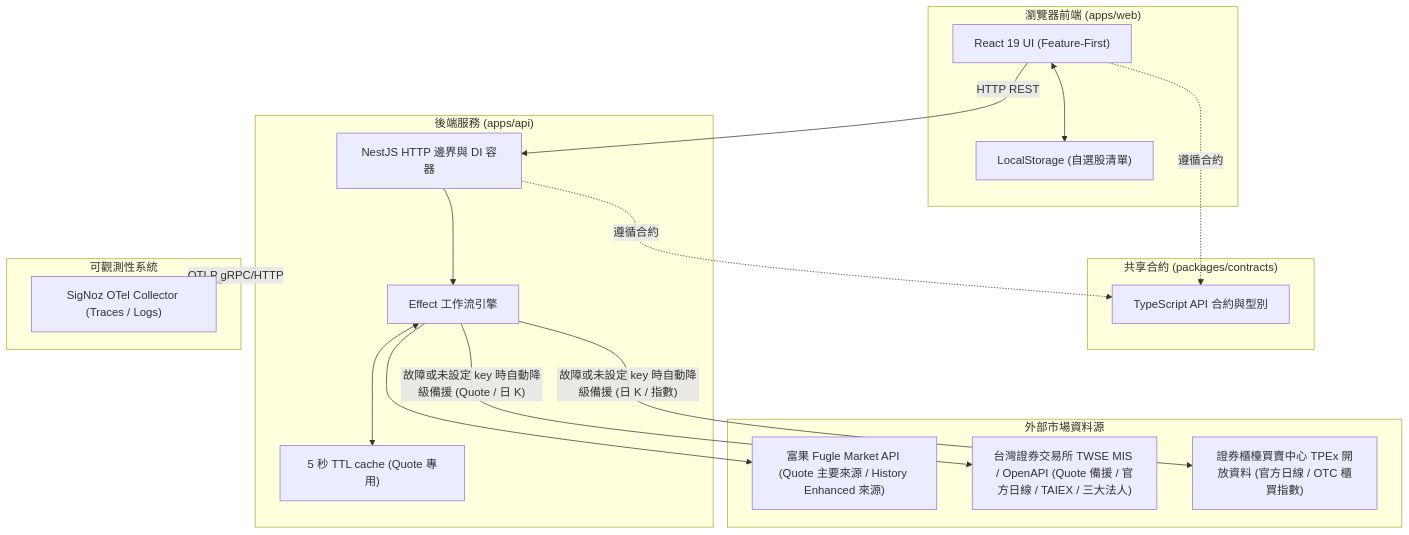
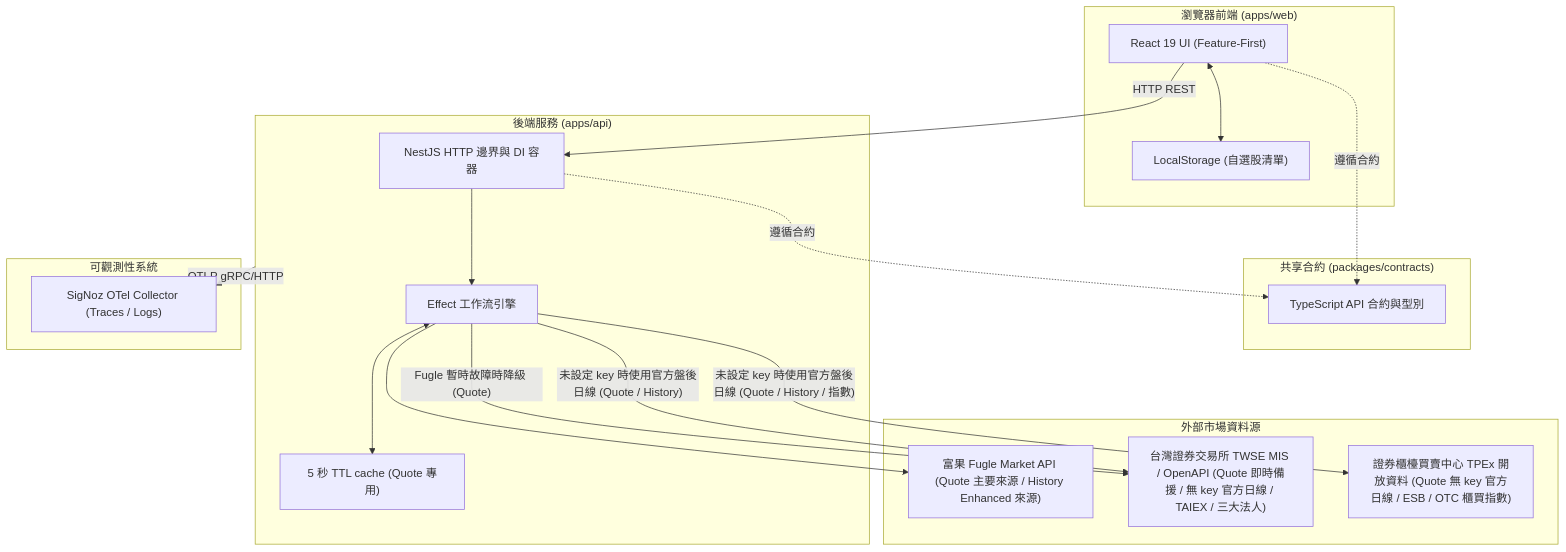
One commit to jchuder/tw-stock-dashboard changed the first of 2 diagrams in README.md. Above: the diagram before and after it, drawn with Mermaid. The commit also changed other lines of this file and 1 other file, not shown here.

````diff
--- a/README.md
+++ b/README.md
@@ -29,38 +29,39 @@
 ```mermaid
 flowchart TB
     subgraph Client["瀏覽器前端 (apps/web)"]
         UI["React 19 UI (Feature-First)"]
         LocalStorage["LocalStorage (自選股清單)"]
         UI <--> LocalStorage
     end
 
     subgraph Contracts["共享合約 (packages/contracts)"]
         Types["TypeScript API 合約與型別"]
     end
 
     subgraph Server["後端服務 (apps/api)"]
         Nest["NestJS HTTP 邊界與 DI 容器"]
         EffectEngine["Effect 工作流引擎"]
         QuoteCache["5 秒 TTL cache (Quote 專用)"]
         Nest --> EffectEngine
         EffectEngine <--> QuoteCache
     end
 
     subgraph Upstream["外部市場資料源"]
         Fugle["富果 Fugle Market API (Quote 主要來源 / History Enhanced 來源)"]
-        TWSE["台灣證券交易所 TWSE MIS / OpenAPI (Quote 備援 / 官方日線 / TAIEX / 三大法人)"]
-        TPEx["證券櫃檯買賣中心 TPEx 開放資料 (官方日線 / OTC 櫃買指數)"]
+        TWSE["台灣證券交易所 TWSE MIS / OpenAPI (Quote 即時備援 / 無 key 官方日線 / TAIEX / 三大法人)"]
+        TPEx["證券櫃檯買賣中心 TPEx 開放資料 (Quote 無 key 官方日線 / ESB / OTC 櫃買指數)"]
     end
 
     subgraph Telemetry["可觀測性系統"]
         SigNoz["SigNoz OTel Collector (Traces / Logs)"]
     end
 
     UI -- HTTP REST --> Nest
     UI -. 遵循合約 .-> Types
     Nest -. 遵循合約 .-> Types
     EffectEngine --> Fugle
-    EffectEngine -- 故障或未設定 key 時自動降級備援 (Quote / 日 K) --> TWSE
-    EffectEngine -- 故障或未設定 key 時自動降級備援 (日 K / 指數) --> TPEx
+    EffectEngine -- Fugle 暫時故障時降級 (Quote) --> TWSE
+    EffectEngine -- 未設定 key 時使用官方盤後日線 (Quote / History) --> TWSE
+    EffectEngine -- 未設定 key 時使用官方盤後日線 (Quote / History / 指數) --> TPEx
     Server -- OTLP gRPC/HTTP --> SigNoz
 ```
````
